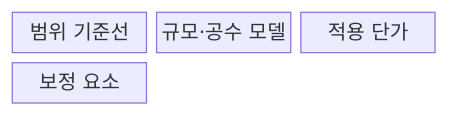
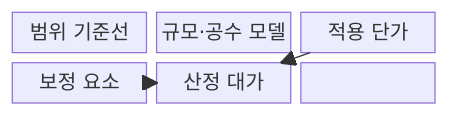
The first of 2 diagrams in src/content/docs/notes/03-software/075_software_cost_estimation.md (agnusdei1207/knowledge-base), drawn with Mermaid before and after one commit. The commit also changed other lines of this file and 20 other files, not shown here.

````diff
--- a/src/content/docs/notes/03-software/075_software_cost_estimation.md
+++ b/src/content/docs/notes/03-software/075_software_cost_estimation.md
@@ -58,8 +60,12 @@
 ```mermaid
-block-beta
+block
   columns 3
   S["범위 기준선"]
   M["규모·공수 모델"]
   R["적용 단가"]
   A["보정 요소"]
+  C["산정 대가"]
+  S --> M --> C
+  R --> C
+  A --> C
 ```
````
